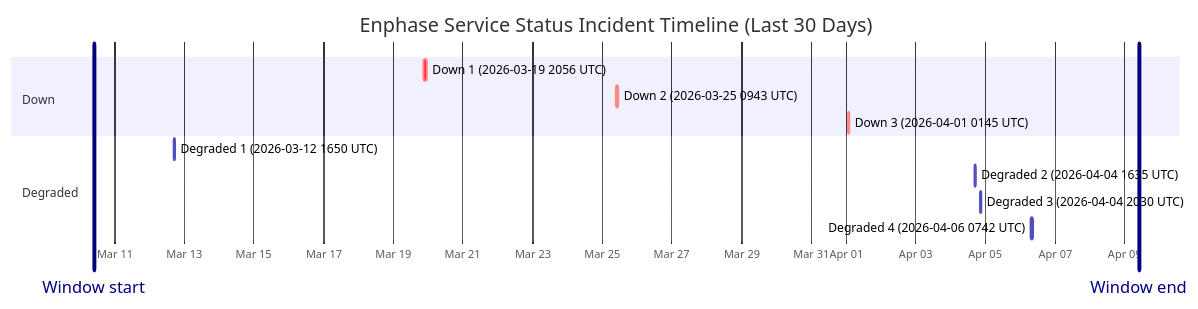
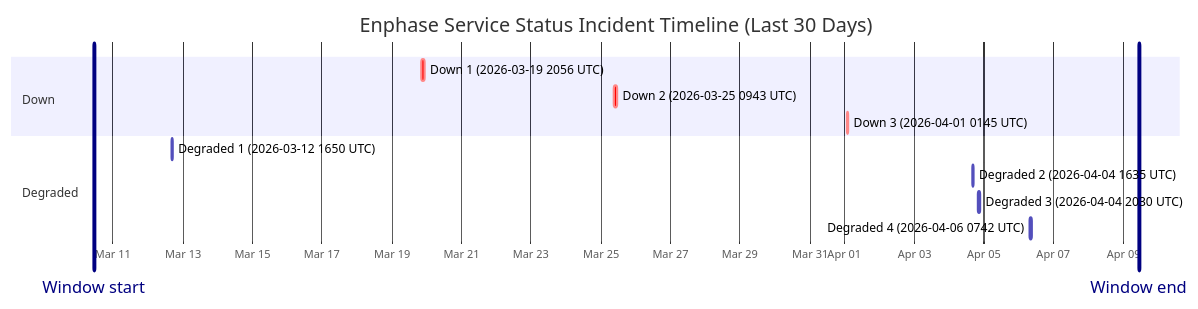
One commit to barneyonline/ha-enphase-ev-charger changed the diagram in wiki/Service-Status-History.md. Above: the diagram before and after it, drawn with Mermaid. The commit also changed other lines of this file and 3 other files, not shown here.

````diff
--- a/wiki/Service-Status-History.md
+++ b/wiki/Service-Status-History.md
@@ -14,17 +14,17 @@
 ```mermaid
 gantt
     title Enphase Service Status Incident Timeline (Last 30 Days)
     dateFormat  YYYY-MM-DDTHH:mm:ss
     axisFormat  %b %d
-    Window start :vert, window-start, 2026-03-10T09:48:46, 0ms
-    Window end :vert, window-end, 2026-04-09T09:48:46, 0ms
+    Window start :vert, window-start, 2026-03-10T10:58:08, 0ms
+    Window end :vert, window-end, 2026-04-09T10:58:08, 0ms
     section Down
     Down 1 (2026-03-19 2056 UTC) :crit, down-1, 2026-03-19T20:56:20, 145m
     Down 2 (2026-03-25 0943 UTC) :crit, down-2, 2026-03-25T09:43:28, 111m
     Down 3 (2026-04-01 0145 UTC) :crit, down-3, 2026-04-01T01:45:09, 60m
     section Degraded
     Degraded 1 (2026-03-12 1650 UTC) :active, degraded-1, 2026-03-12T16:50:43, 60m
     Degraded 2 (2026-04-04 1635 UTC) :active, degraded-2, 2026-04-04T16:35:17, 60m
     Degraded 3 (2026-04-04 2030 UTC) :active, degraded-3, 2026-04-04T20:30:40, 60m
     Degraded 4 (2026-04-06 0742 UTC) :active, degraded-4, 2026-04-06T07:42:09, 85m
 ```
````
